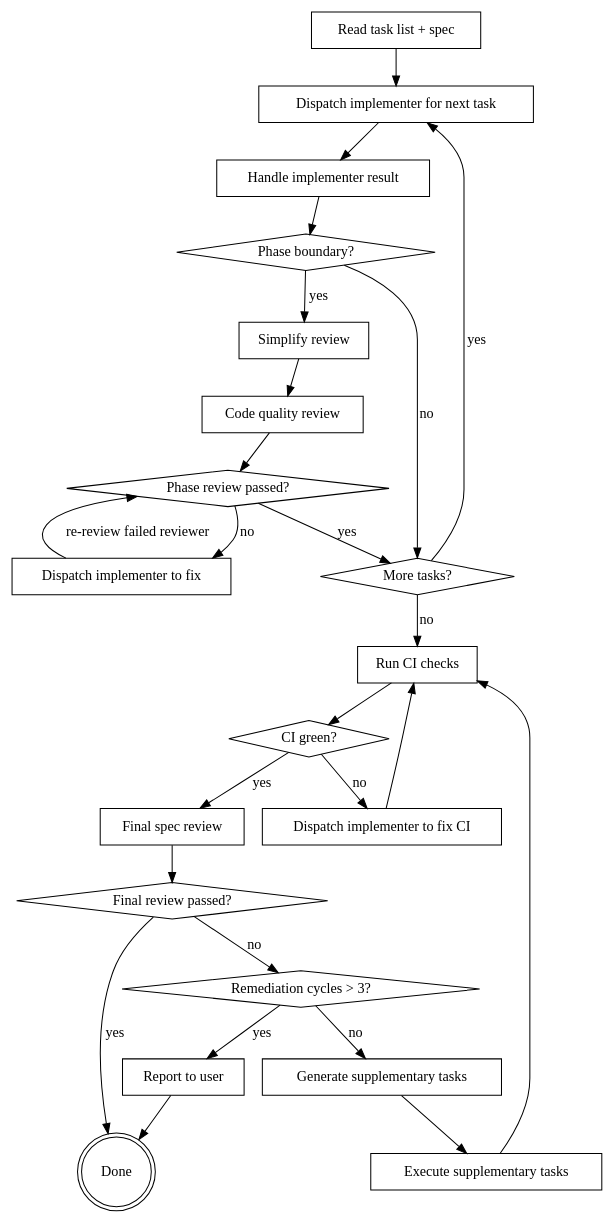
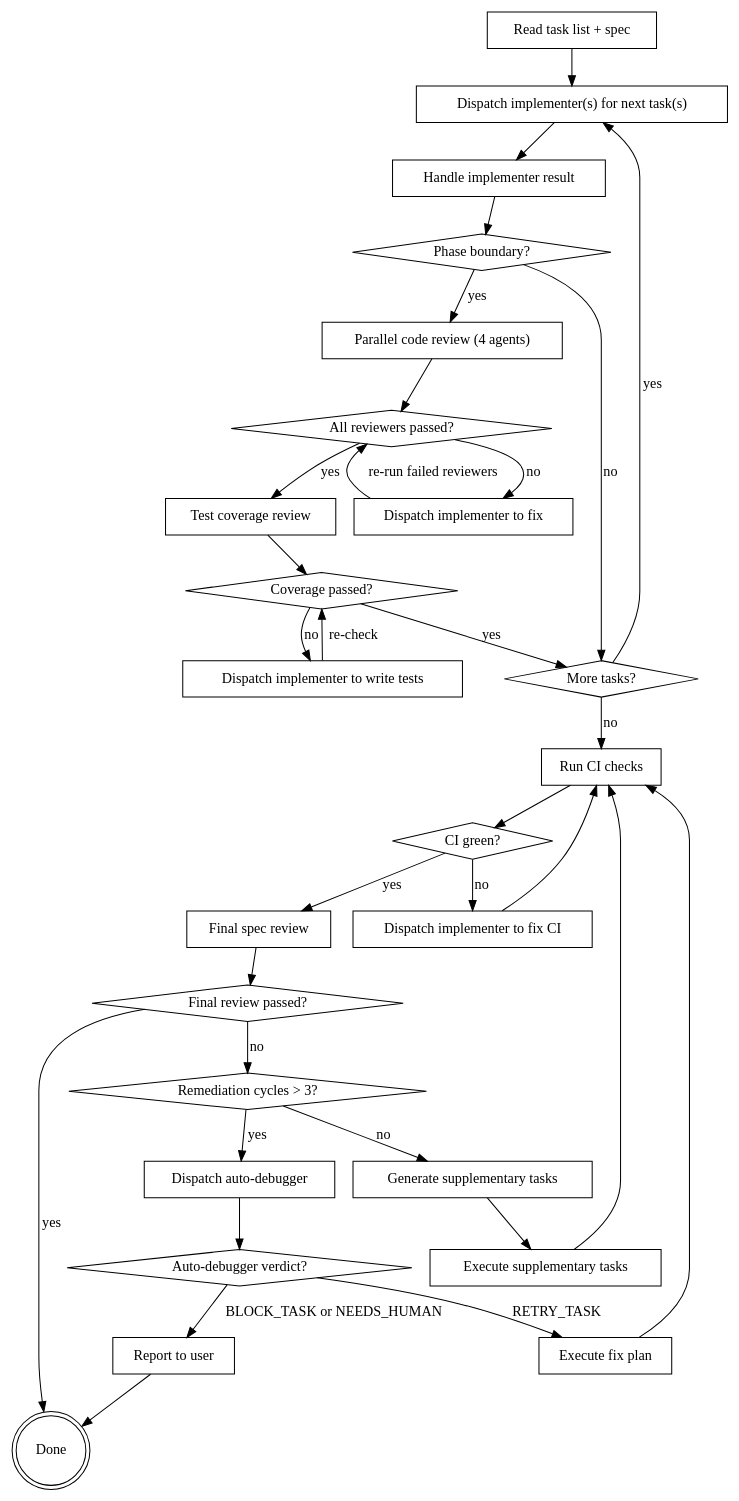
One commit to xmtplabs/code-factory changed the diagram in skills/executing-plans/SKILL.md. Above: the diagram before and after it, drawn with Graphviz. The commit also changed other lines of this file and 7 other files, not shown here.

````diff
--- a/skills/executing-plans/SKILL.md
+++ b/skills/executing-plans/SKILL.md
@@ -12,48 +12,60 @@
 ```dot
 digraph execute {
     "Read task list + spec" [shape=box];
-    "Dispatch implementer for next task" [shape=box];
+    "Dispatch implementer(s) for next task(s)" [shape=box];
     "Handle implementer result" [shape=box];
     "Phase boundary?" [shape=diamond];
-    "Simplify review" [shape=box];
-    "Code quality review" [shape=box];
-    "Phase review passed?" [shape=diamond];
+    "Parallel code review (4 agents)" [shape=box];
+    "All reviewers passed?" [shape=diamond];
     "Dispatch implementer to fix" [shape=box];
+    "Test coverage review" [shape=box];
+    "Coverage passed?" [shape=diamond];
+    "Dispatch implementer to write tests" [shape=box];
     "More tasks?" [shape=diamond];
     "Run CI checks" [shape=box];
     "CI green?" [shape=diamond];
     "Dispatch implementer to fix CI" [shape=box];
     "Final spec review" [shape=box];
     "Final review passed?" [shape=diamond];
     "Generate supplementary tasks" [shape=box];
     "Execute supplementary tasks" [shape=box];
     "Remediation cycles > 3?" [shape=diamond];
+    "Dispatch auto-debugger" [shape=box];
+    "Auto-debugger verdict?" [shape=diamond];
+    "Execute fix plan" [shape=box];
     "Report to user" [shape=box];
     "Done" [shape=doublecircle];
 
-    "Read task list + spec" -> "Dispatch implementer for next task";
-    "Dispatch implementer for next task" -> "Handle implementer result";
+    "Read task list + spec" -> "Dispatch implementer(s) for next task(s)";
+    "Dispatch implementer(s) for next task(s)" -> "Handle implementer result";
     "Handle implementer result" -> "Phase boundary?";
     "Phase boundary?" -> "More tasks?" [label="no"];
-    "Phase boundary?" -> "Simplify review" [label="yes"];
-    "Simplify review" -> "Code quality review";
-    "Code quality review" -> "Phase review passed?";
-    "Phase review passed?" -> "More tasks?" [label="yes"];
-    "Phase review passed?" -> "Dispatch implementer to fix" [label="no"];
-    "Dispatch implementer to fix" -> "Phase review passed?" [label="re-review failed reviewer"];
-    "More tasks?" -> "Dispatch implementer for next task" [label="yes"];
+    "Phase boundary?" -> "Parallel code review (4 agents)" [label="yes"];
+    "Parallel code review (4 agents)" -> "All reviewers passed?";
+    "All reviewers passed?" -> "Test coverage review" [label="yes"];
+    "All reviewers passed?" -> "Dispatch implementer to fix" [label="no"];
+    "Dispatch implementer to fix" -> "All reviewers passed?" [label="re-run failed reviewers"];
+    "Test coverage review" -> "Coverage passed?";
+    "Coverage passed?" -> "More tasks?" [label="yes"];
+    "Coverage passed?" -> "Dispatch implementer to write tests" [label="no"];
+    "Dispatch implementer to write tests" -> "Coverage passed?" [label="re-check"];
+    "More tasks?" -> "Dispatch implementer(s) for next task(s)" [label="yes"];
     "More tasks?" -> "Run CI checks" [label="no"];
-    "Run CI checks" -> "CI green?" ;
+    "Run CI checks" -> "CI green?";
     "CI green?" -> "Final spec review" [label="yes"];
     "CI green?" -> "Dispatch implementer to fix CI" [label="no"];
     "Dispatch implementer to fix CI" -> "Run CI checks";
     "Final spec review" -> "Final review passed?";
     "Final review passed?" -> "Done" [label="yes"];
     "Final review passed?" -> "Remediation cycles > 3?" [label="no"];
     "Remediation cycles > 3?" -> "Generate supplementary tasks" [label="no"];
-    "Remediation cycles > 3?" -> "Report to user" [label="yes"];
+    "Remediation cycles > 3?" -> "Dispatch auto-debugger" [label="yes"];
     "Generate supplementary tasks" -> "Execute supplementary tasks";
     "Execute supplementary tasks" -> "Run CI checks";
+    "Dispatch auto-debugger" -> "Auto-debugger verdict?";
+    "Auto-debugger verdict?" -> "Execute fix plan" [label="RETRY_TASK"];
+    "Auto-debugger verdict?" -> "Report to user" [label="BLOCK_TASK or NEEDS_HUMAN"];
+    "Execute fix plan" -> "Run CI checks";
     "Report to user" -> "Done";
 }
 ```
````
